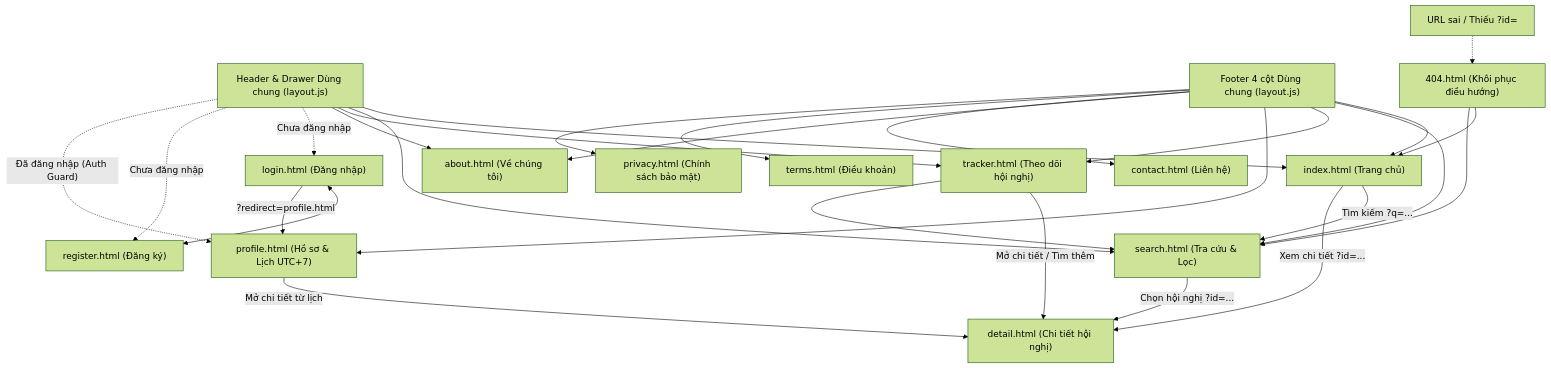
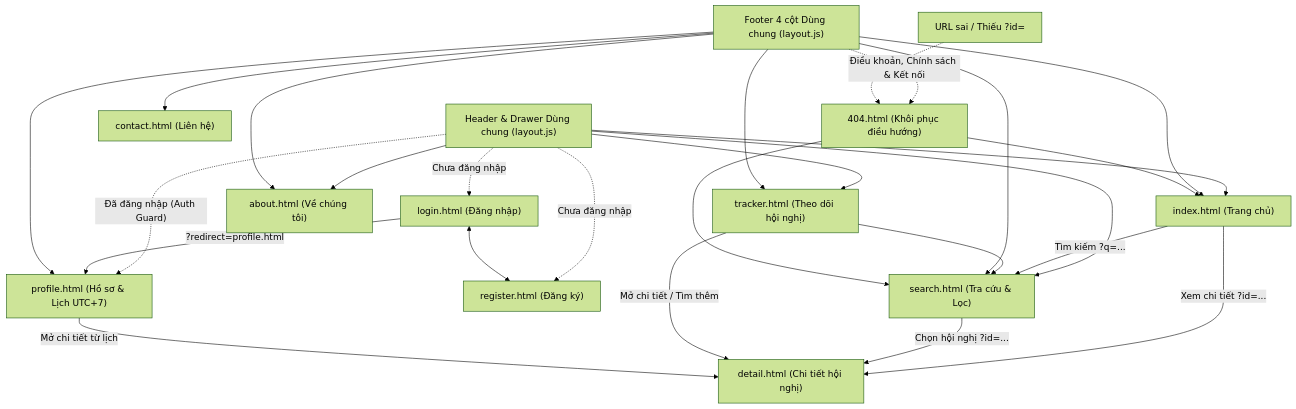
One commit to TaiUITK19/confeguide changed the diagram in README.md. Above: the diagram before and after it, drawn with Mermaid (forest theme). The commit also changed other lines of this file and 24 other files, not shown here.

````diff
--- a/README.md
+++ b/README.md
@@ -126,32 +126,31 @@
 ```mermaid
 flowchart TD
     HEADER["Header & Drawer Dùng chung (layout.js)"] --> INDEX["index.html (Trang chủ)"]
     HEADER --> SEARCH["search.html (Tra cứu & Lọc)"]
     HEADER --> TRACKER["tracker.html (Theo dõi hội nghị)"]
     HEADER --> ABOUT["about.html (Về chúng tôi)"]
     HEADER -. "Chưa đăng nhập" .-> LOGIN["login.html (Đăng nhập)"]
     HEADER -. "Chưa đăng nhập" .-> REGISTER["register.html (Đăng ký)"]
     HEADER -. "Đã đăng nhập (Auth Guard)" .-> PROFILE["profile.html (Hồ sơ & Lịch UTC+7)"]
 
     INDEX -- "Tìm kiếm ?q=..." --> SEARCH
     INDEX -- "Xem chi tiết ?id=..." --> DETAIL["detail.html (Chi tiết hội nghị)"]
     SEARCH -- "Chọn hội nghị ?id=..." --> DETAIL
     TRACKER -- "Mở chi tiết / Tìm thêm" --> DETAIL
     TRACKER --> SEARCH
     PROFILE -- "Mở chi tiết từ lịch" --> DETAIL
 
     LOGIN <--> REGISTER
     LOGIN -- "?redirect=profile.html" --> PROFILE
 
     FOOTER["Footer 4 cột Dùng chung (layout.js)"] --> INDEX
     FOOTER --> SEARCH
     FOOTER --> TRACKER
     FOOTER --> PROFILE
     FOOTER --> ABOUT
     FOOTER --> CONTACT["contact.html (Liên hệ)"]
-    FOOTER --> TERMS["terms.html (Điều khoản)"]
-    FOOTER --> PRIVACY["privacy.html (Chính sách bảo mật)"]
-    ERR["URL sai / Thiếu ?id="] -.-> NOTFOUND["404.html (Khôi phục điều hướng)"]
+    FOOTER -. "Điều khoản, Chính sách & Kết nối" .-> NOTFOUND["404.html (Khôi phục điều hướng)"]
+    ERR["URL sai / Thiếu ?id="] -.-> NOTFOUND
     NOTFOUND --> INDEX
     NOTFOUND --> SEARCH
 ```
````
